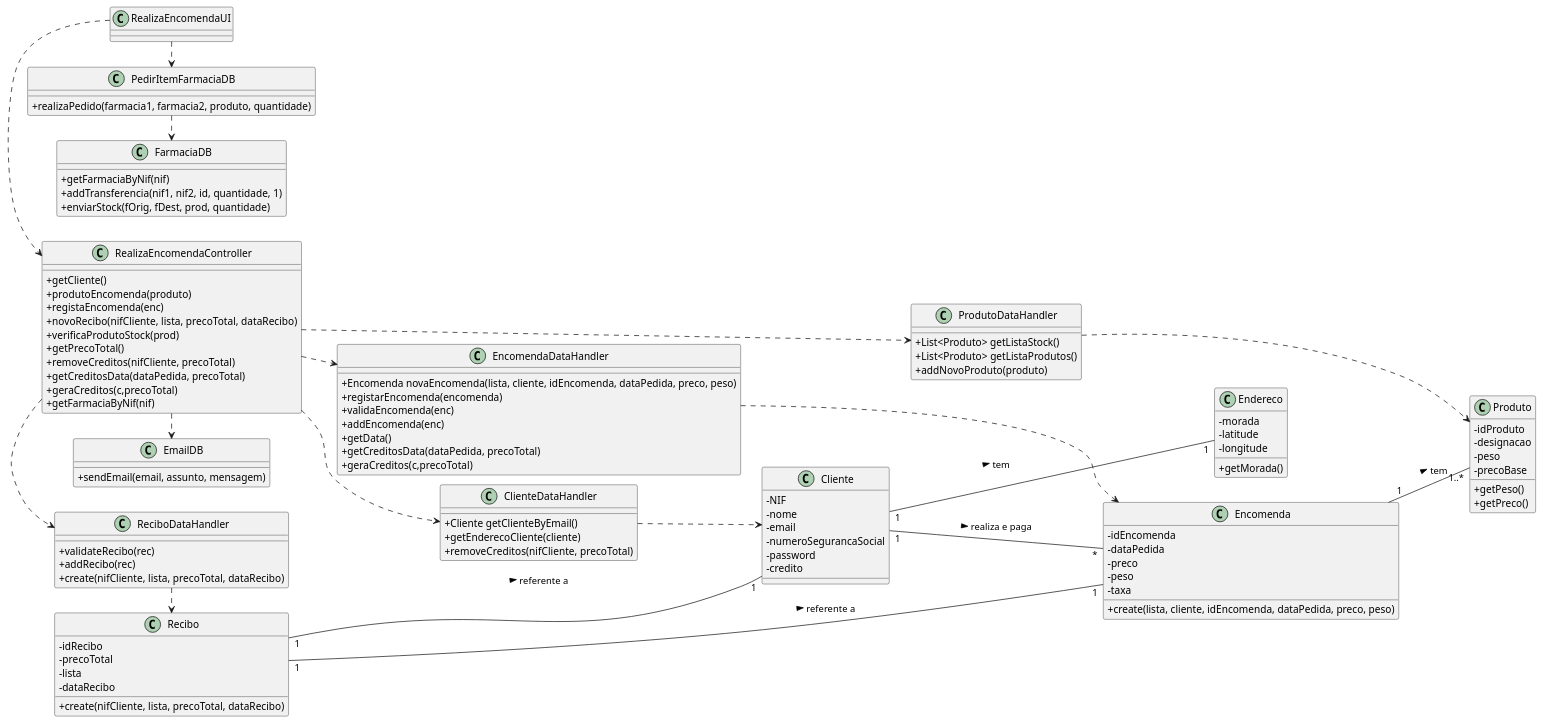
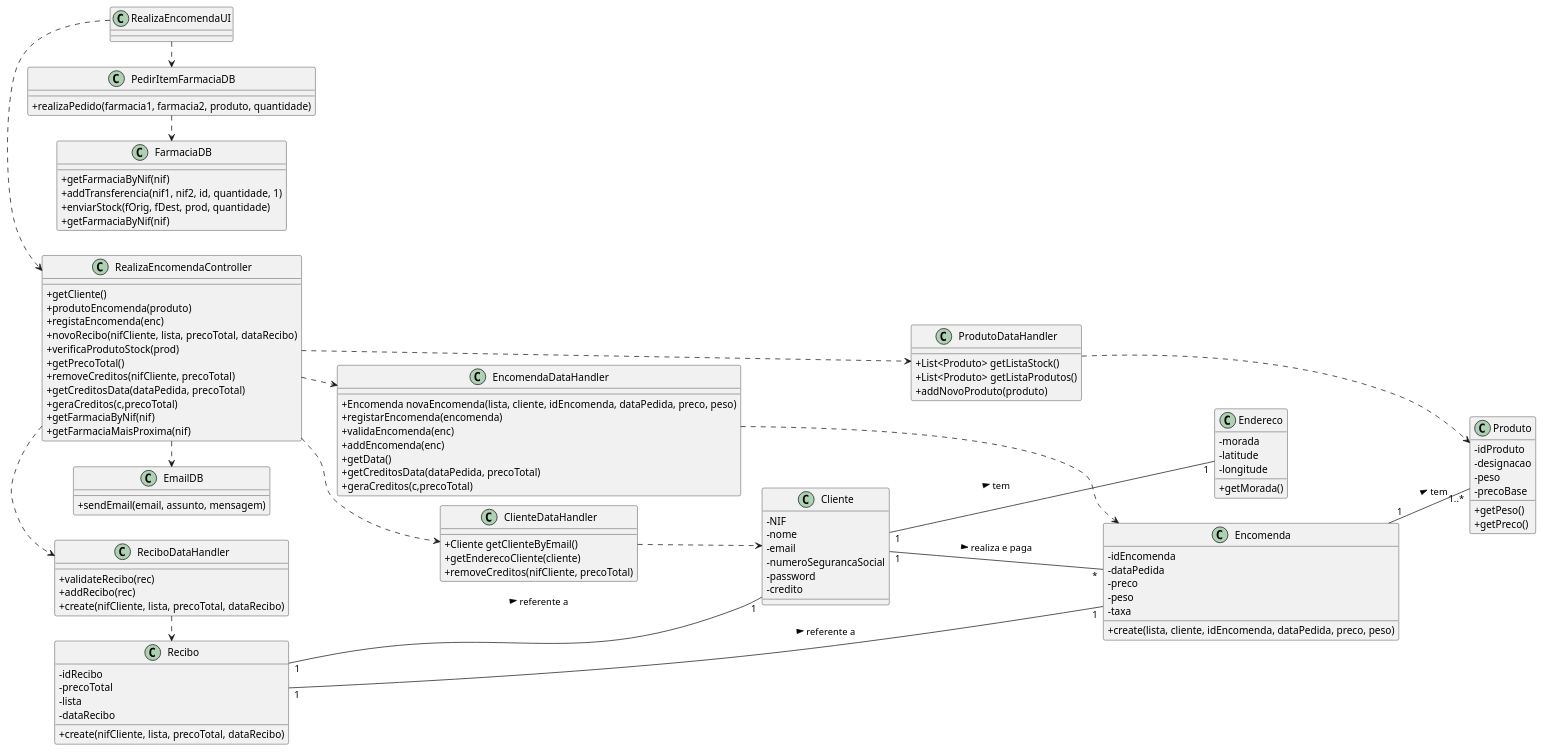
One commit to pedrolemos4/LAPR3 changed the diagram in docs/UC25/CD.puml. Above: the diagram before and after it, drawn with PlantUML. The commit also changed 3 other files, not shown here.

```diff
--- a/docs/UC25/CD.puml
+++ b/docs/UC25/CD.puml
@@ -1,130 +1,132 @@
 @startuml
 skinparam classAttributeIconSize 0
 left to right direction
 
 
 class RealizaEncomendaUI {
     
 }
 
 class RealizaEncomendaController {
     +getCliente()
     +produtoEncomenda(produto)
     +registaEncomenda(enc)
     +novoRecibo(nifCliente, lista, precoTotal, dataRecibo)
     +verificaProdutoStock(prod)
     +getPrecoTotal()
     +removeCreditos(nifCliente, precoTotal)
     +getCreditosData(dataPedida, precoTotal)
     +geraCreditos(c,precoTotal)
     +getFarmaciaByNif(nif)
+    +getFarmaciaMaisProxima(nif)
 }
 
 class ClienteDataHandler {
     +Cliente getClienteByEmail()
     +getEnderecoCliente(cliente)
     +removeCreditos(nifCliente, precoTotal)
 }
 
 class EmailDB {
     +sendEmail(email, assunto, mensagem)
 }
 
 class ReciboDataHandler {
     +validateRecibo(rec)
     +addRecibo(rec)
     +create(nifCliente, lista, precoTotal, dataRecibo)
 }
 
 class ProdutoDataHandler {
     +List<Produto> getListaStock()
     +List<Produto> getListaProdutos()
     +addNovoProduto(produto)
 }
 
 class EncomendaDataHandler {
     +Encomenda novaEncomenda(lista, cliente, idEncomenda, dataPedida, preco, peso)
     +registarEncomenda(encomenda)
     +validaEncomenda(enc)
     +addEncomenda(enc)
     +getData()
     +getCreditosData(dataPedida, precoTotal)
     +geraCreditos(c,precoTotal)
 }
 
 class FarmaciaDB {
     +getFarmaciaByNif(nif)
     +addTransferencia(nif1, nif2, id, quantidade, 1)
     +enviarStock(fOrig, fDest, prod, quantidade)
+    +getFarmaciaByNif(nif)
 }
 
 class PedirItemFarmaciaDB {
     +realizaPedido(farmacia1, farmacia2, produto, quantidade)
 }
 
 class Recibo {
   -idRecibo
   -precoTotal
   -lista
   -dataRecibo
   +create(nifCliente, lista, precoTotal, dataRecibo)
 }
 
 class Encomenda {
   -idEncomenda
   -dataPedida
   -preco
   -peso
   -taxa
   +create(lista, cliente, idEncomenda, dataPedida, preco, peso)
 }
 
 class Produto {
     -idProduto
     -designacao
     -peso
     -precoBase
     +getPeso()
     +getPreco()
 }
 
 class Endereco {
   -morada
   -latitude
   -longitude
   +getMorada()
 }
 
 class Cliente {
   -NIF
   -nome
   -email
   -numeroSegurancaSocial
   -password
   -credito
 }
 
 RealizaEncomendaUI .> RealizaEncomendaController
 
 RealizaEncomendaController .> ClienteDataHandler
 RealizaEncomendaController .> ProdutoDataHandler
 RealizaEncomendaController .> EncomendaDataHandler
 RealizaEncomendaController .> ReciboDataHandler
 RealizaEncomendaController .> EmailDB
 
 RealizaEncomendaUI .> PedirItemFarmaciaDB
 
 PedirItemFarmaciaDB .> FarmaciaDB
 
 ClienteDataHandler .> Cliente
 ProdutoDataHandler .> Produto
 EncomendaDataHandler .> Encomenda
 ReciboDataHandler .> Recibo
 
 Recibo "1" -- "1" Encomenda: referente a >
 Recibo "1" -- "1" Cliente: referente a >
 Cliente "1" -- "*" Encomenda: realiza e paga >
 Encomenda "1" -- "1..*" Produto: tem >
 Cliente "1" -- "1" Endereco: tem >
 
 @enduml
```
